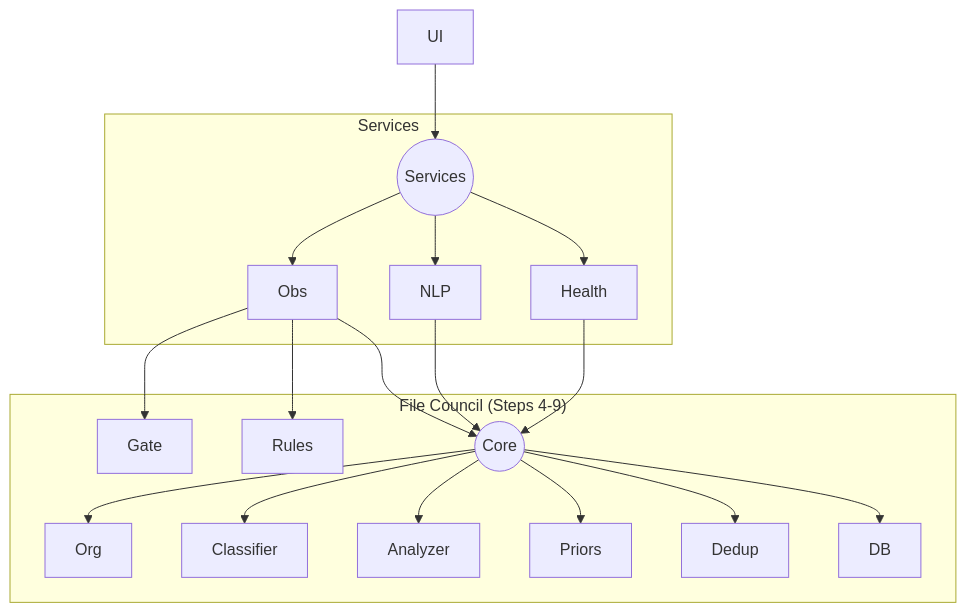
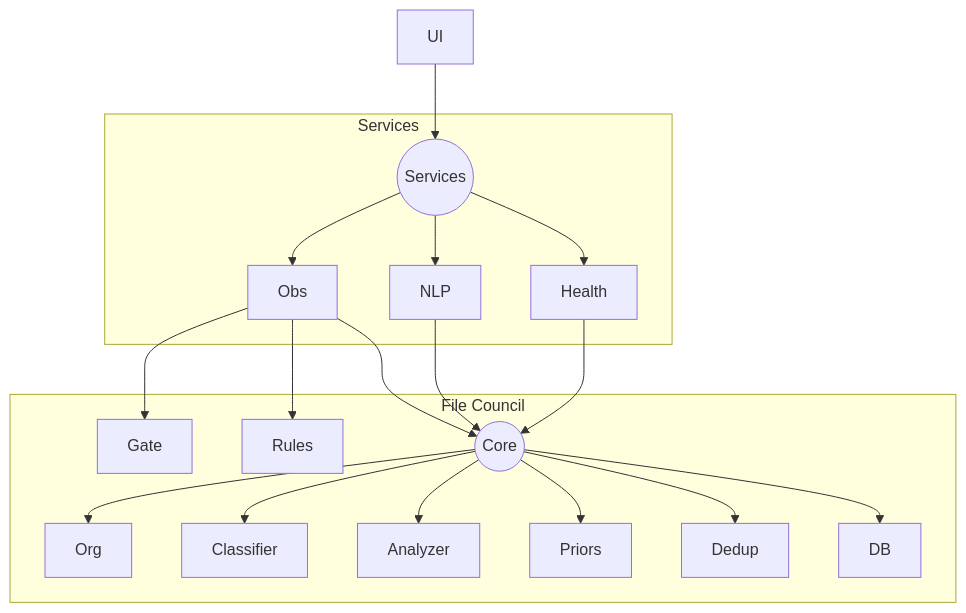
The diagram in README.md (MohamedGhoniem11/FileManager), drawn with Mermaid before and after one commit. The commit also changed other lines of this file and 11 other files, not shown here.

````diff
--- a/README.md
+++ b/README.md
@@ -48,35 +40,35 @@
 ```mermaid
 graph TD
     UI --> SvcHub
     SvcHub --> Obs
     SvcHub --> NLP
     SvcHub --> Health
     Obs --> Gate
     Obs --> Rules
     Obs --> CoreHub
     NLP --> CoreHub
     Health --> CoreHub
     CoreHub --> Org
     CoreHub --> Classifier
     CoreHub --> Analyzer
     CoreHub --> Priors
     CoreHub --> Dedup
     CoreHub --> DB
     subgraph Services
         SvcHub((Services))
         Obs
         NLP
         Health
     end
-    subgraph Core["File Council (Steps 4-9)"]
+    subgraph Core["File Council"]
         CoreHub((Core))
         Analyzer
         Classifier
         Priors
         Gate
         Rules
         Dedup
         Org
         DB
     end
 ```
````
